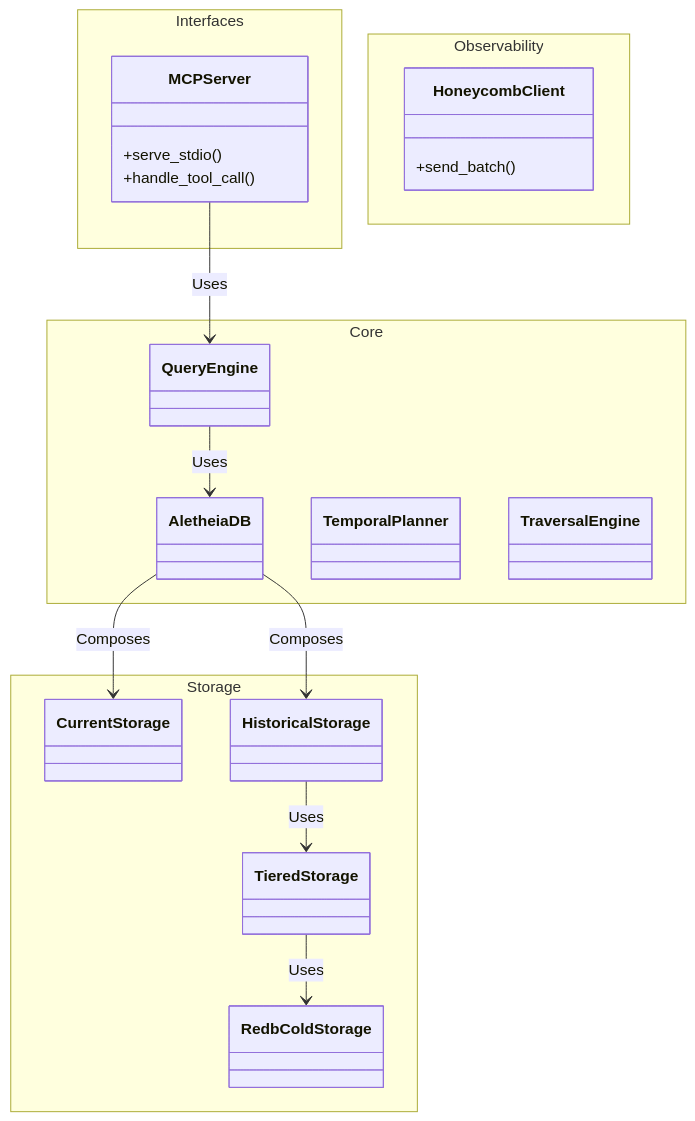
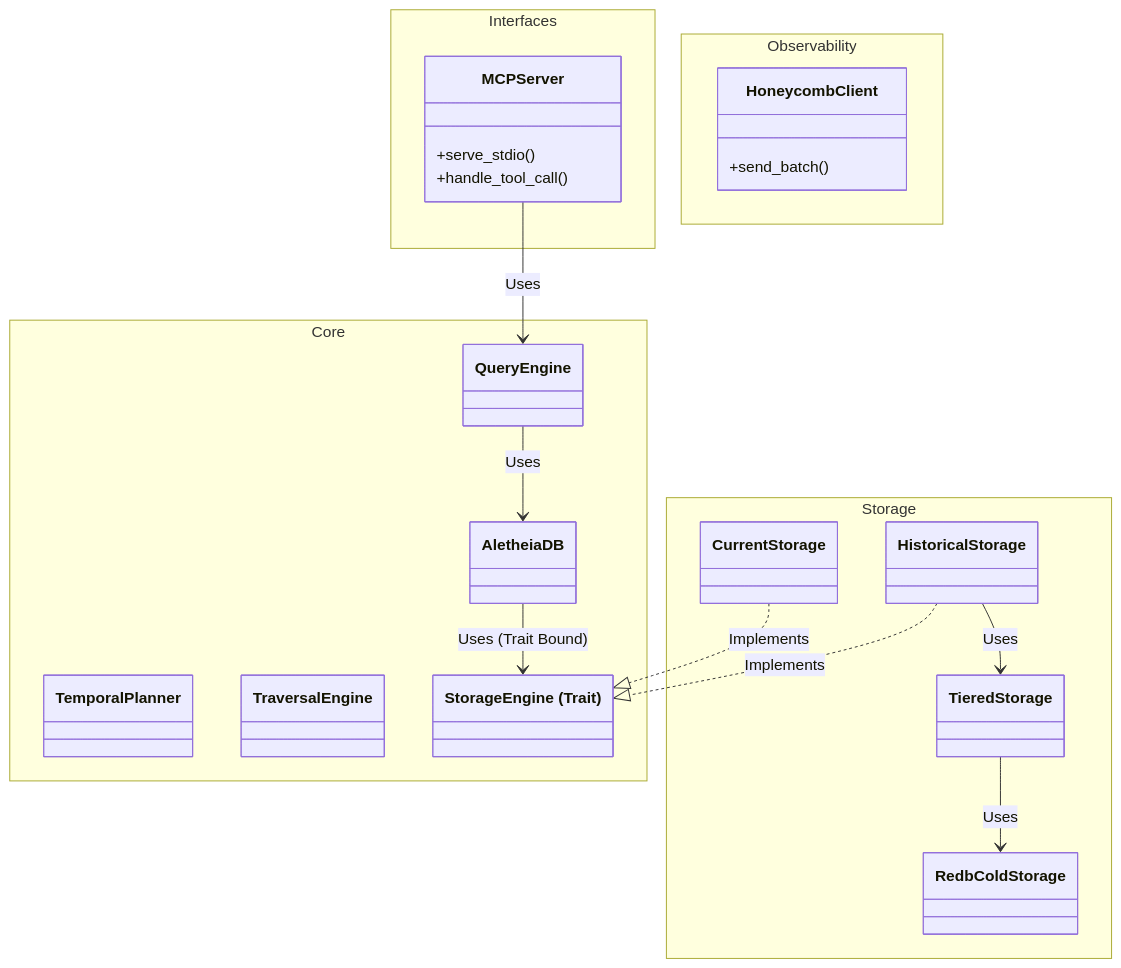
One commit to autumn-foundation/AletheiaDB changed the second of 28 diagrams in docs/ARCHITECTURE.md. Above: the diagram before and after it, drawn with Mermaid. The commit also changed other lines of this file and 1 other file, not shown here.

First line of the commit message:
docs: add ADR-0043 and update Cognitive Architecture diagrams

````diff
--- a/docs/ARCHITECTURE.md
+++ b/docs/ARCHITECTURE.md
@@ -78,33 +78,35 @@
 ```mermaid
 classDiagram
     namespace Interfaces {
         class MCPServer {
             +serve_stdio()
             +handle_tool_call()
         }
     }
     namespace Core {
         class AletheiaDB
         class QueryEngine
         class TemporalPlanner
         class TraversalEngine
+        class StorageEngine["StorageEngine (Trait)"]
     }
     namespace Storage {
         class CurrentStorage
         class HistoricalStorage
         class TieredStorage
         class RedbColdStorage
     }
     namespace Observability {
         class HoneycombClient {
             +send_batch()
         }
     }
 
     MCPServer --> QueryEngine : Uses
     QueryEngine --> AletheiaDB : Uses
-    AletheiaDB --> CurrentStorage : Composes
-    AletheiaDB --> HistoricalStorage : Composes
+    AletheiaDB --> StorageEngine : Uses (Trait Bound)
+    CurrentStorage ..|> StorageEngine : Implements
+    HistoricalStorage ..|> StorageEngine : Implements
     HistoricalStorage --> TieredStorage : Uses
     TieredStorage --> RedbColdStorage : Uses
 ```
````
